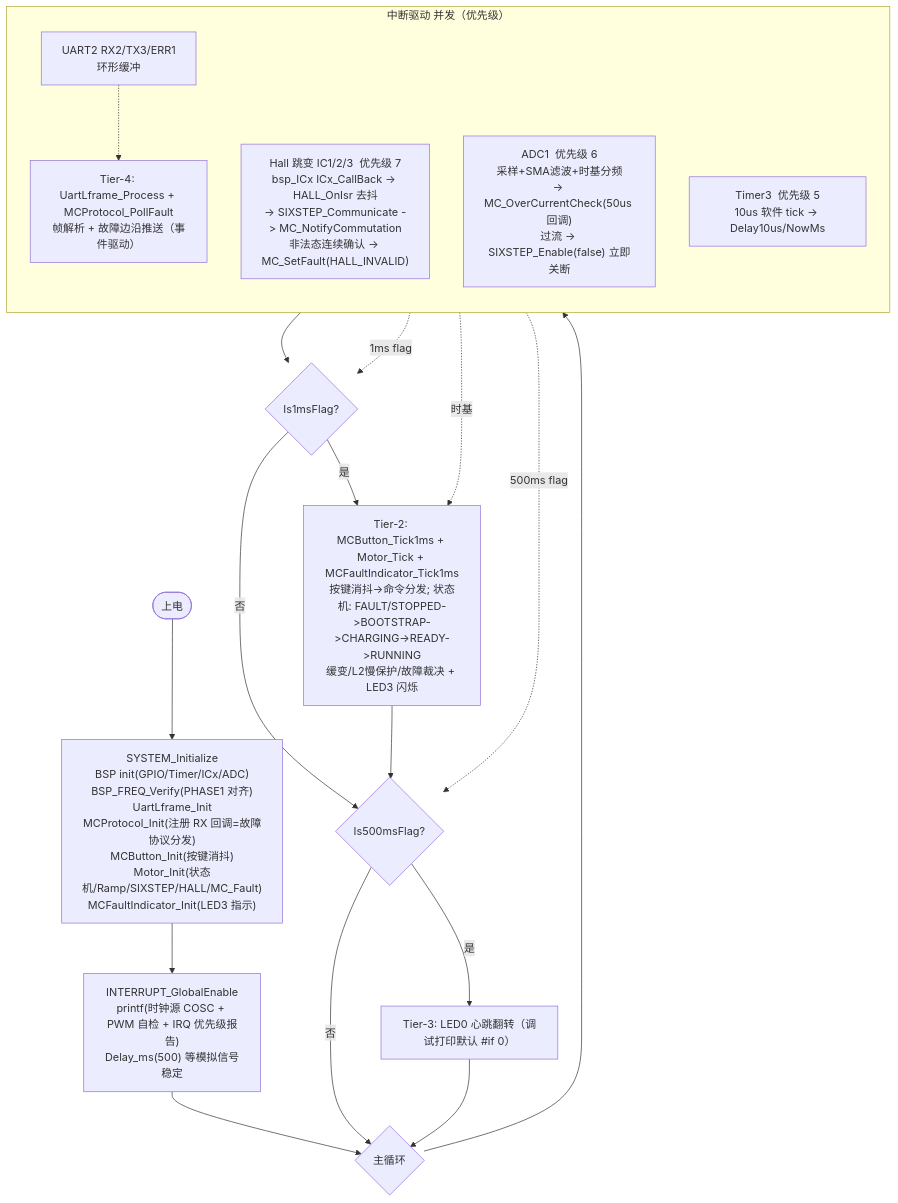
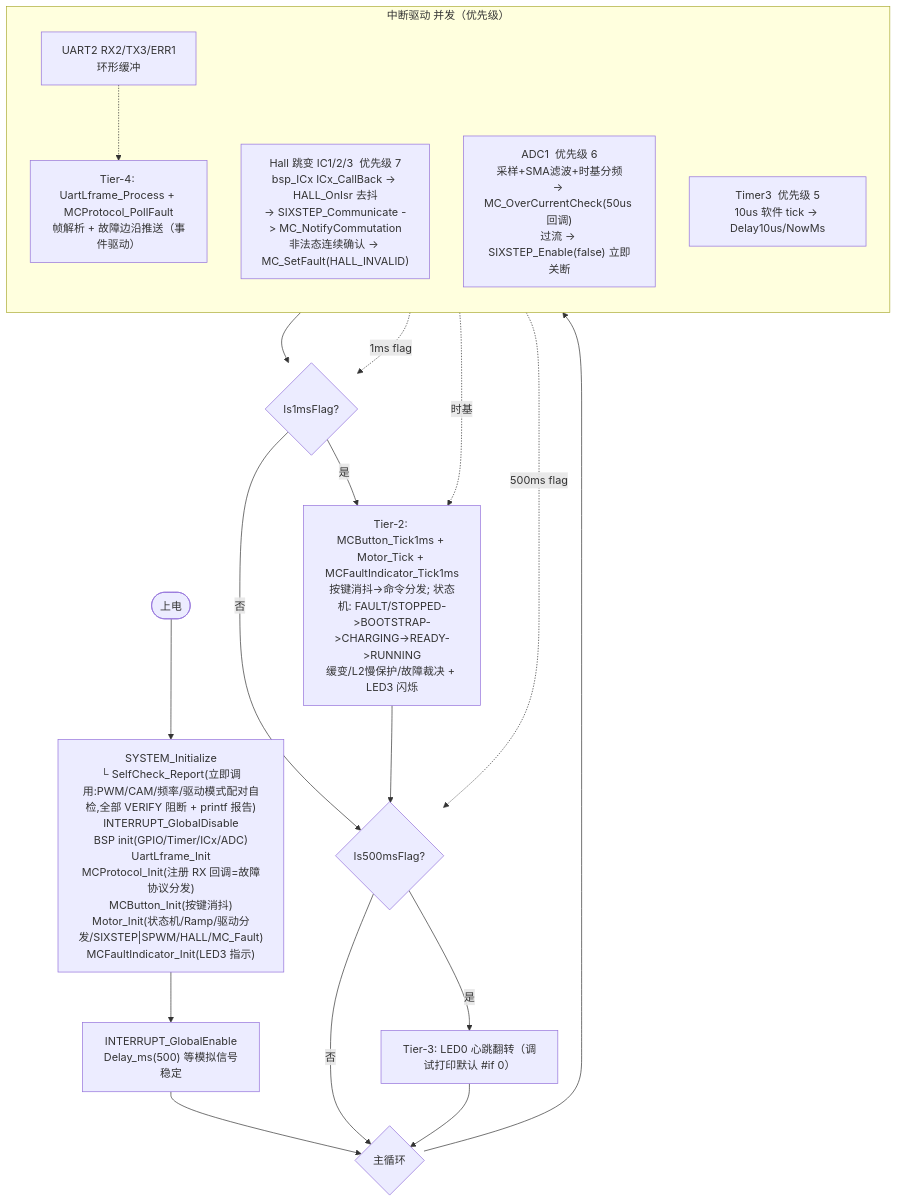
The third of 3 diagrams in Architecture.md (gaolang-oops/Hello_MCC.X), drawn with Mermaid before and after one commit. The commit also changed other lines of this file and 2 other files, not shown here.

Commit message:
3、文档同步:架构文档/README/流程图(驱动模式母开关+配对自检阻断、bsp_freq.h 纯编译期头、演进路径)

````diff
--- a/Architecture.md
+++ b/Architecture.md
@@ -278,27 +283,27 @@
 ```mermaid
 flowchart TD
-    Start([上电]) --> Init["SYSTEM_Initialize<br/>BSP init(GPIO/Timer/ICx/ADC)<br/>BSP_FREQ_Verify(PHASE1 对齐)<br/>UartLframe_Init<br/>MCProtocol_Init(注册 RX 回调=故障协议分发)<br/>MCButton_Init(按键消抖)<br/>Motor_Init(状态机/Ramp/SIXSTEP/HALL/MC_Fault)<br/>MCFaultIndicator_Init(LED3 指示)"]
-    Init --> Enable["INTERRUPT_GlobalEnable<br/>printf(时钟源 COSC + PWM 自检 + IRQ 优先级报告)<br/>Delay_ms(500) 等模拟信号稳定"]
+    Start([上电]) --> Init["SYSTEM_Initialize<br/>└ SelfCheck_Report(立即调用:PWM/CAM/频率/驱动模式配对自检,全部 VERIFY 阻断 + printf 报告)<br/>INTERRUPT_GlobalDisable<br/>BSP init(GPIO/Timer/ICx/ADC)<br/>UartLframe_Init<br/>MCProtocol_Init(注册 RX 回调=故障协议分发)<br/>MCButton_Init(按键消抖)<br/>Motor_Init(状态机/Ramp/驱动分发/SIXSTEP|SPWM/HALL/MC_Fault)<br/>MCFaultIndicator_Init(LED3 指示)"]
+    Init --> Enable["INTERRUPT_GlobalEnable<br/>Delay_ms(500) 等模拟信号稳定"]
     Enable --> Loop{主循环}
 
     Loop --> T4["Tier-4: UartLframe_Process + MCProtocol_PollFault<br/>帧解析 + 故障边沿推送（事件驱动）"]
     T4 --> C1{Is1msFlag?}
     C1 -- "是" --> T2["Tier-2: MCButton_Tick1ms + Motor_Tick + MCFaultIndicator_Tick1ms<br/>按键消抖→命令分发; 状态机: FAULT/STOPPED->BOOTSTRAP->CHARGING->READY->RUNNING<br/>缓变/L2慢保护/故障裁决 + LED3 闪烁"]
     C1 -- "否" --> C5{Is500msFlag?}
     T2 --> C5
     C5 -- "是" --> T3["Tier-3: LED0 心跳翻转（调试打印默认 #if 0）"]
     C5 -- "否" --> Loop
     T3 --> Loop
 
     subgraph ISR["中断驱动 并发（优先级）"]
         direction TB
         H1["Hall 跳变 IC1/2/3  优先级 7<br/>bsp_ICx ICx_CallBack -> HALL_OnIsr 去抖<br/>-> SIXSTEP_Communicate -> MC_NotifyCommutation<br/>非法态连续确认 -> MC_SetFault(HALL_INVALID)"]
         A1["ADC1  优先级 6<br/>采样+SMA滤波+时基分频<br/>-> MC_OverCurrentCheck(50us 回调)<br/>过流 -> SIXSTEP_Enable(false) 立即关断"]
         T1["Timer3  优先级 5<br/>10us 软件 tick -> Delay10us/NowMs"]
         U1["UART2  RX2/TX3/ERR1<br/>环形缓冲"] -.-> T4
     end
 
     A1 -. 1ms flag .-> C1
     A1 -. 500ms flag .-> C5
     T1 -. 时基 .-> T2
 ```
````
